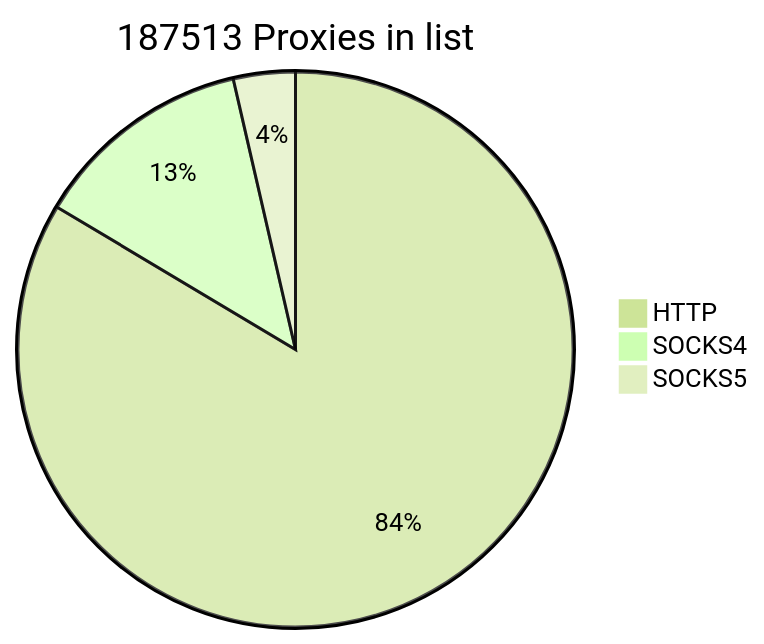
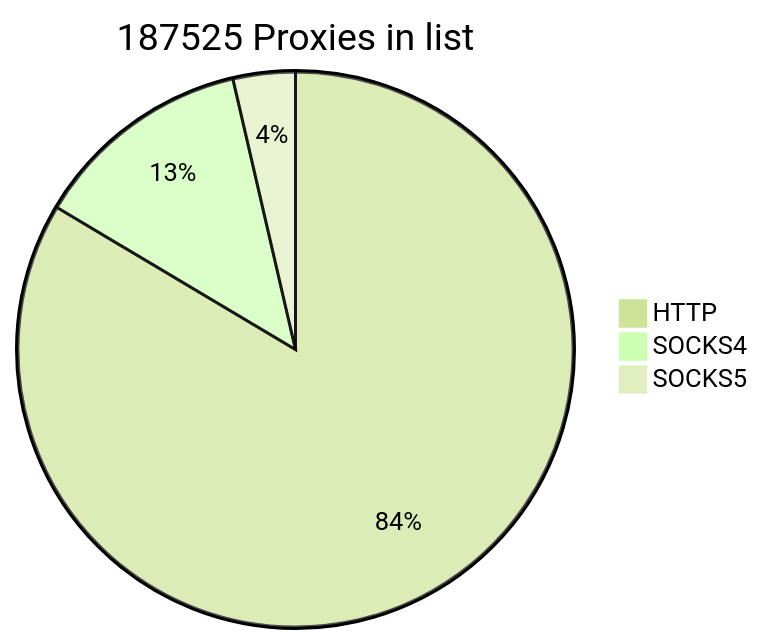
The first of 2 diagrams in README.md (cutipu/proxylist), drawn with Mermaid (forest theme) before and after one commit. The commit also changed other lines of this file, not shown here.

````diff
--- a/README.md
+++ b/README.md
@@ -2,7 +2,7 @@
 ```mermaid
-pie title 187513 Proxies in list
-    "HTTP" : 156704
+pie title 187525 Proxies in list
+    "HTTP" : 156680
     "SOCKS4" : 24060
-    "SOCKS5" : 6749
+    "SOCKS5" : 6785
             
 ```
````
